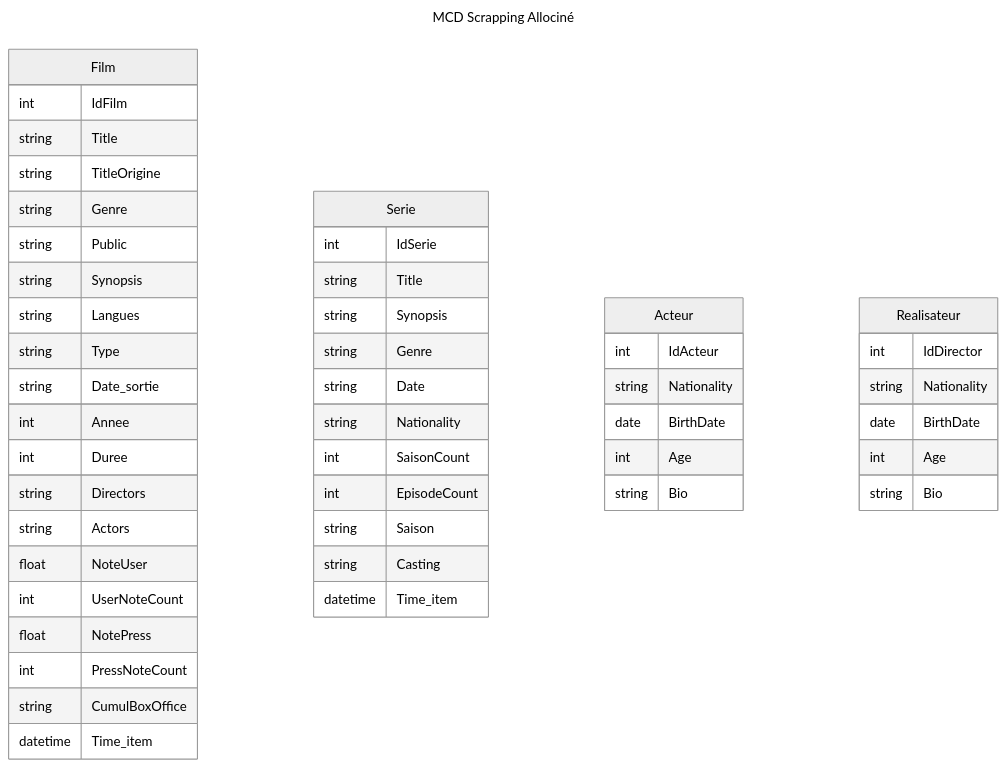
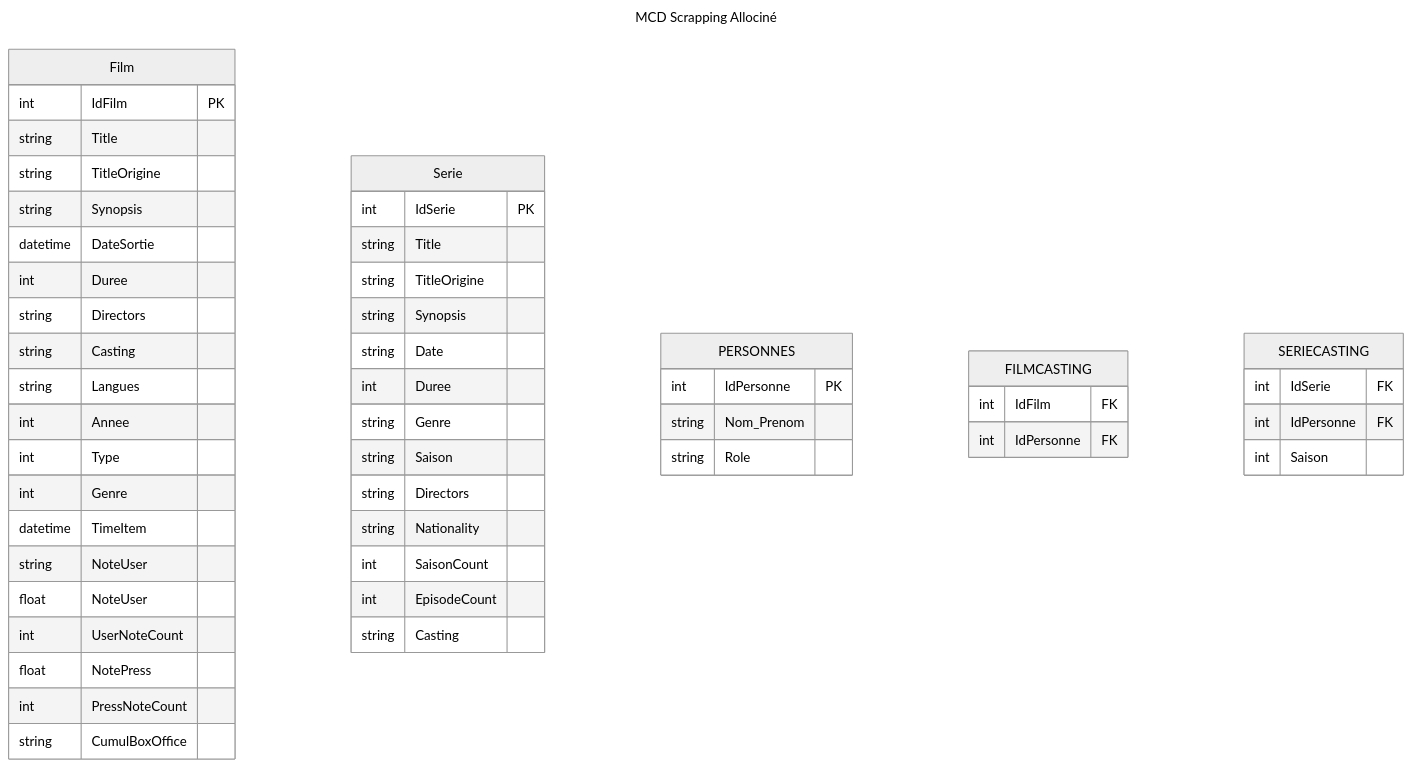
Before and after one commit to DaiTensa/brief_scraping_scrapy: the second of 3 diagrams in README.md, drawn with Mermaid (neutral theme). The commit also changed other lines of this file, not shown here.

Commit message:
Readme Schemas base Tables

````diff
--- a/README.md
+++ b/README.md
@@ -56,57 +58,61 @@
 ```mermaid
 ---
 title: MCD Scrapping Allociné
 ---
 erDiagram
     Film {
-        int IdFilm
+        int IdFilm PK
         string Title
         string TitleOrigine
-        string Genre
-        string Public
         string Synopsis
-        string Langues
-        string Type
-        string Date_sortie
-        int Annee
+        datetime DateSortie
         int Duree
         string Directors
-        string Actors
+        string Casting
+        string Langues
+        int Annee
+        int Type
+        int Genre
+        datetime TimeItem
+        string NoteUser
         float NoteUser
         int UserNoteCount
         float NotePress
         int PressNoteCount
         string CumulBoxOffice
-        datetime Time_item
+      
     }
     
     Serie {
-        int IdSerie
+        int IdSerie PK
         string Title
+        string TitleOrigine
         string Synopsis
+        string Date
+        int Duree
         string Genre
-        string Date
+        string Saison
+        string Directors
         string Nationality
         int SaisonCount
         int EpisodeCount
-        string Saison
         string Casting
-        datetime Time_item
     }
     
-    Acteur {
-        int IdActeur
-        string Nationality
-        date BirthDate
-        int Age
-        string Bio
+    PERSONNES {
+        int IdPersonne PK
+        string Nom_Prenom
+        string Role
     }
     
-    Realisateur {
-        int IdDirector
-        string Nationality
-        date BirthDate
-        int Age
-        string Bio
+    FILMCASTING {
+        int IdFilm FK
+        int IdPersonne FK
+    }
+    
+    SERIECASTING {
+        int IdSerie FK
+        int IdPersonne FK
+        int Saison
     }
 ```
````
